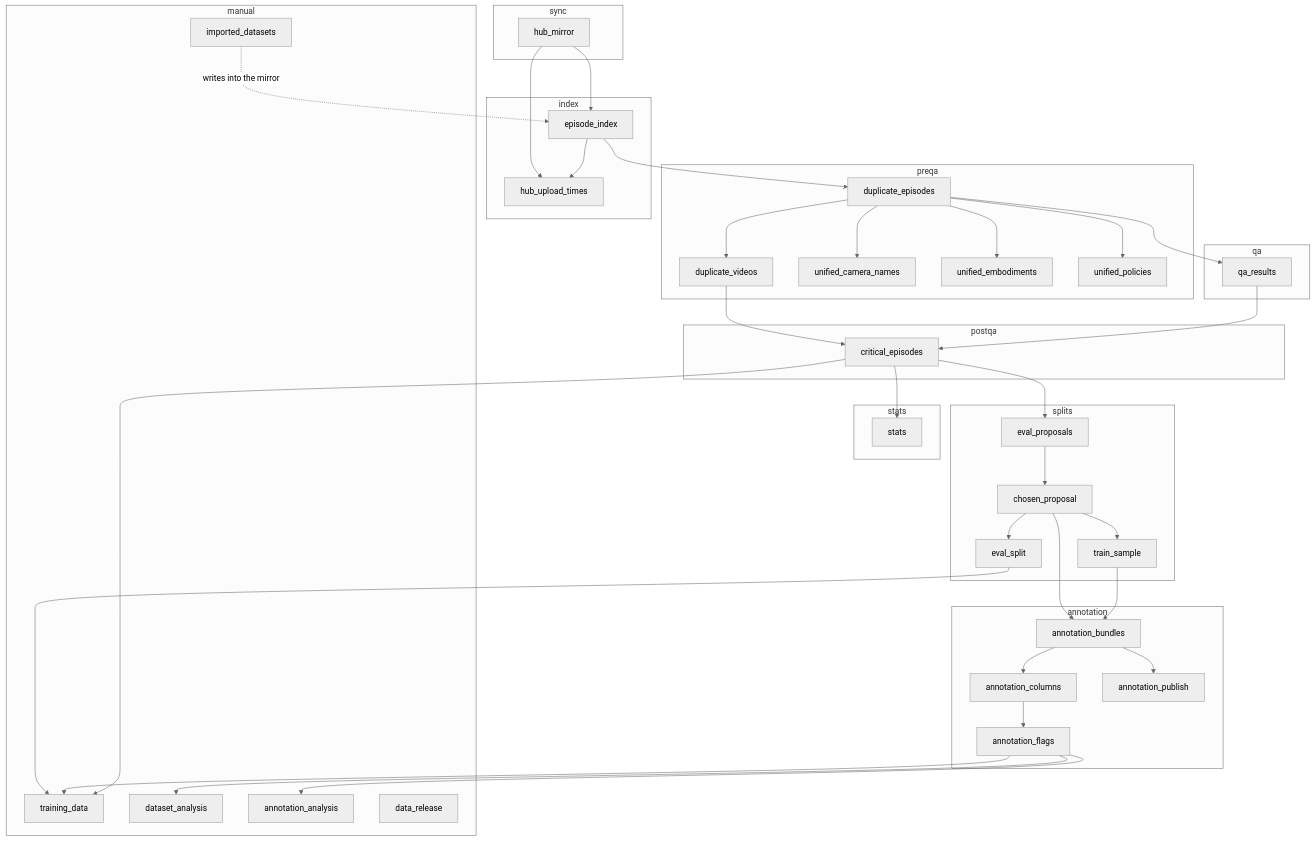
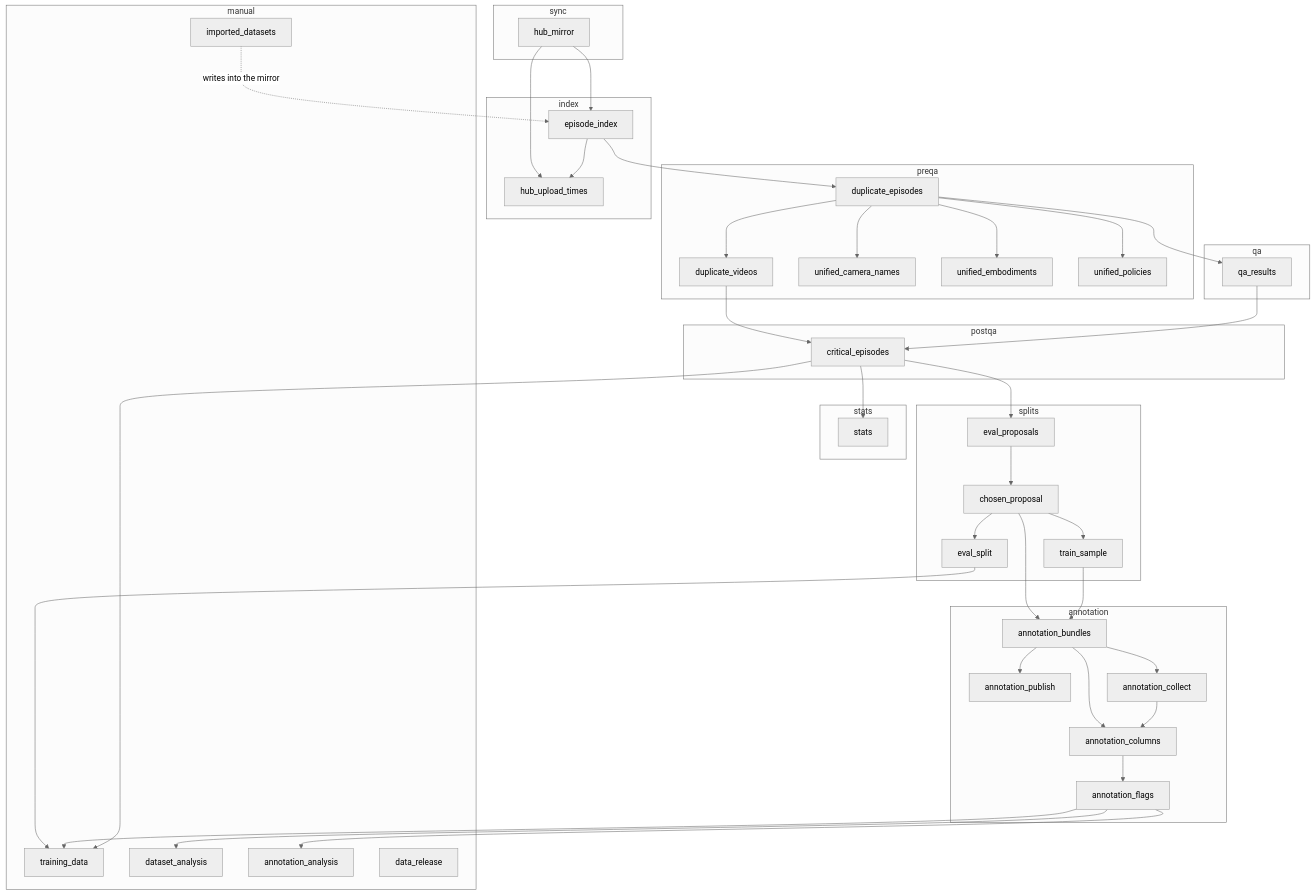
One commit to oopsie-data/oopsie-backend changed the second of 2 diagrams in docs/pipeline/index.md. Above: the diagram before and after it, drawn with Mermaid (neutral theme). The commit also changed other lines of this file and 4 other files, not shown here.

````diff
--- a/docs/pipeline/index.md
+++ b/docs/pipeline/index.md
@@ -55,57 +55,58 @@
 ```mermaid
 flowchart TB
   subgraph sync
     hub_mirror
   end
   subgraph index
     episode_index
     hub_upload_times
   end
   subgraph preqa
     duplicate_episodes
     duplicate_videos
     unified_camera_names
     unified_embodiments
     unified_policies
   end
   subgraph qa
     qa_results
   end
   subgraph postqa
     critical_episodes
   end
   subgraph stats_group [stats]
     stats
   end
   subgraph splits
     eval_proposals --> chosen_proposal
     chosen_proposal --> eval_split
     chosen_proposal --> train_sample
   end
   subgraph annotation
     annotation_bundles --> annotation_columns --> annotation_flags
     annotation_bundles --> annotation_publish
+    annotation_bundles --> annotation_collect --> annotation_columns
   end
   subgraph manual
     imported_datasets
     training_data
     dataset_analysis
     annotation_analysis
     data_release
   end
 
   hub_mirror --> episode_index --> duplicate_episodes
   hub_mirror --> hub_upload_times
   episode_index --> hub_upload_times
   duplicate_episodes --> duplicate_videos & unified_camera_names & unified_embodiments & unified_policies & qa_results
   duplicate_videos --> critical_episodes
   qa_results --> critical_episodes
   critical_episodes --> stats
   critical_episodes --> eval_proposals
   chosen_proposal --> annotation_bundles
   train_sample --> annotation_bundles
   imported_datasets -. "writes into the mirror" .-> episode_index
   eval_split --> training_data
   annotation_flags --> training_data & dataset_analysis & annotation_analysis
   critical_episodes --> training_data
 ```
````
